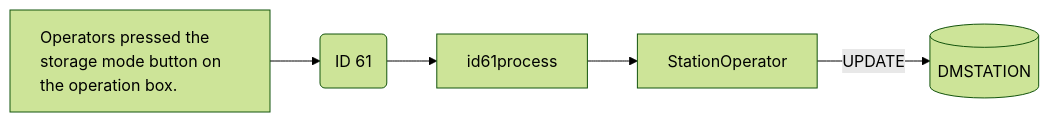
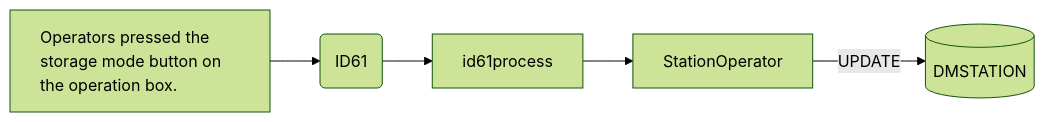
One commit to luthfiadityaa/SimeDarby-Wiki changed the first of 21 diagrams in Basic-Design/DFD-WMS/Storage/Unplanned-Storage/Unplanned-Storage-from-HP.md. Above: the diagram before and after it, drawn with Mermaid (forest theme).

Commit message:
Updated Unplanned Storage from HP

```diff
--- a/Basic-Design/DFD-WMS/Storage/Unplanned-Storage/Unplanned-Storage-from-HP.md
+++ b/Basic-Design/DFD-WMS/Storage/Unplanned-Storage/Unplanned-Storage-from-HP.md
@@ -52,21 +52,21 @@
 ::: mermaid
 flowchart LR
     input[
         Operators pressed the storage mode button on the operation box.      
     ]
 
     id61msg("
-     ID 61
+     ID61
     ")
     tableList-update[("
         DMSTATION
     ")]
 
 
     className[StationOperator]
 
     input -->id61msg-->id61process--> className --> |UPDATE| tableList-update
 
     classDef leftAlign text-align:left;
     class input leftAlign;
 :::
```
